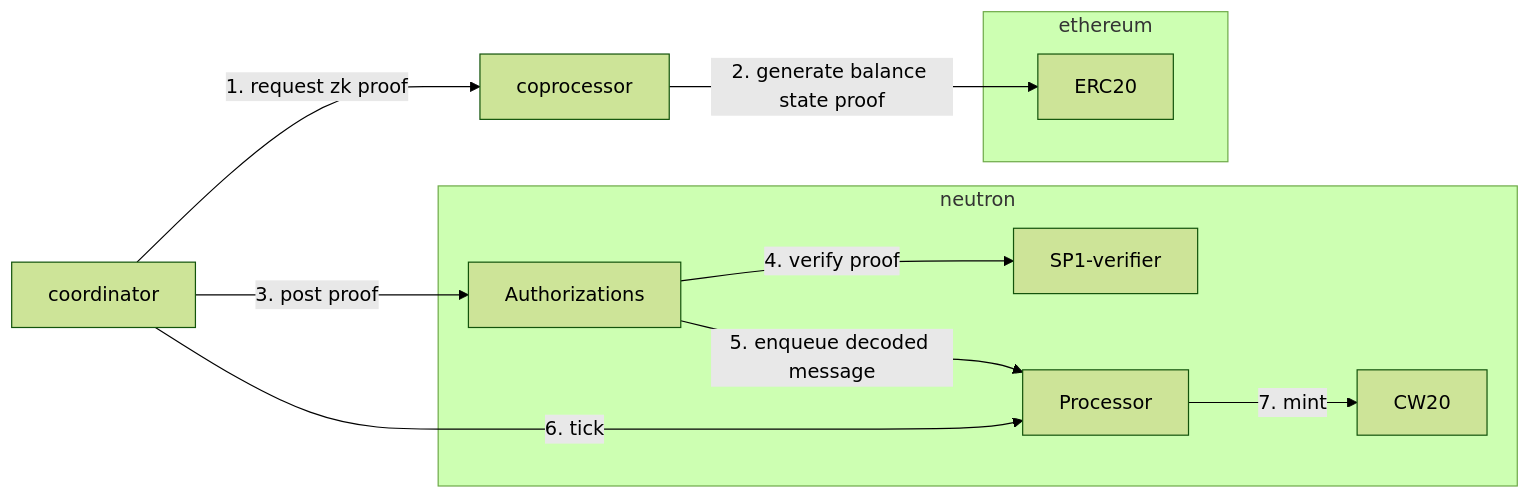
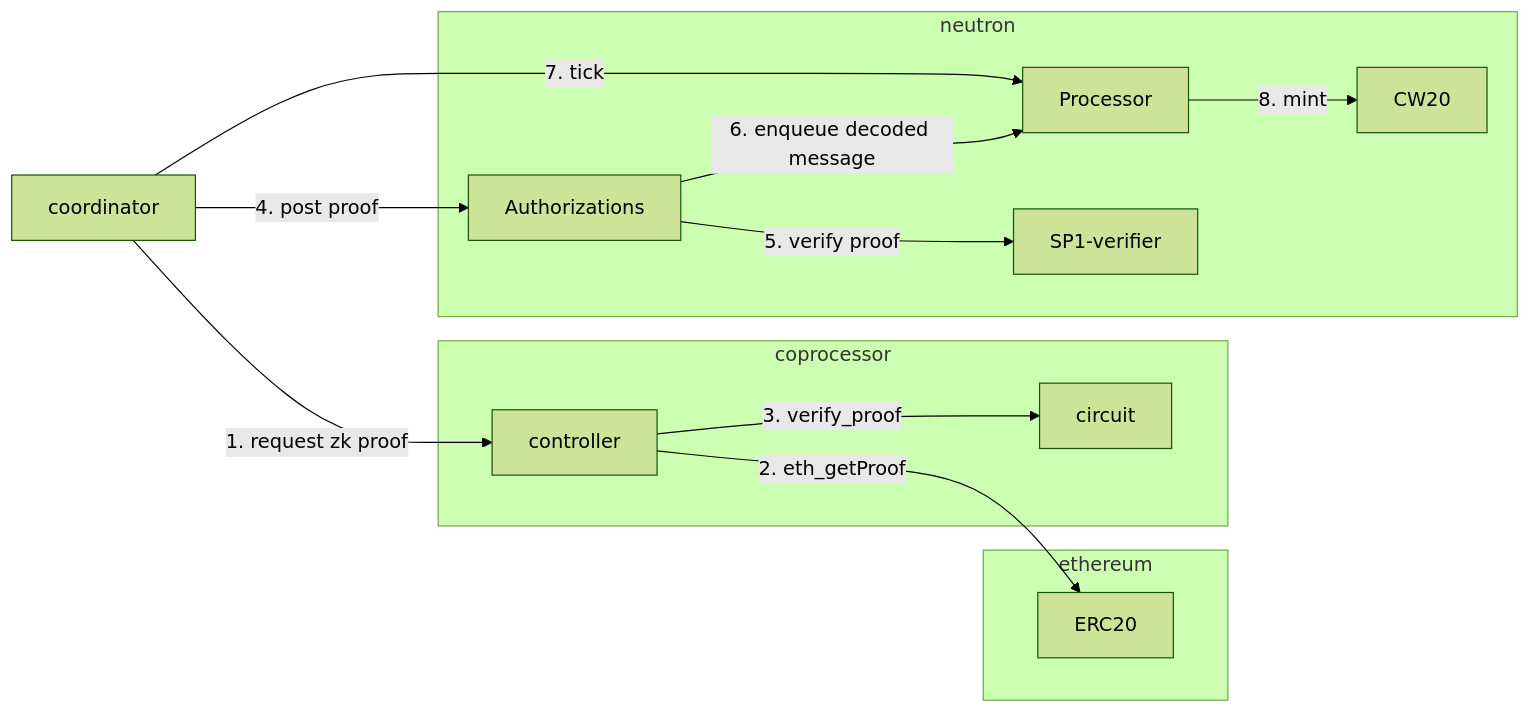
One commit to timewave-computer/valence-coprocessor-app changed the diagram in README.md. Above: the diagram before and after it, drawn with Mermaid (forest theme).

Commit message:
expand mermaid diagram with coprocessor internal calls

````diff
--- a/README.md
+++ b/README.md
@@ -15,19 +15,24 @@
 ```mermaid
 flowchart LR
     subgraph ethereum
     ERC20
+    end
+    subgraph coprocessor
+    controller
+    circuit
     end
     subgraph neutron
     Authorizations
     Processor
     CW20
     SP1-verifier
     end
-    coordinator -->|1. request zk proof| coprocessor
-    coprocessor -->|2. generate balance state proof| ERC20
-    coordinator -->|3. post proof| Authorizations
-    Authorizations --> |4. verify proof| SP1-verifier
-    Authorizations --> |5. enqueue decoded message| Processor
-    coordinator --> |6. tick| Processor
-    Processor --> |7. mint| CW20
+    coordinator -->|1. request zk proof| controller
+    controller -->|2. eth_getProof| ERC20
+    controller -->|3. verify_proof| circuit
+    coordinator -->|4. post proof| Authorizations
+    Authorizations --> |5. verify proof| SP1-verifier
+    Authorizations --> |6. enqueue decoded message| Processor
+    coordinator --> |7. tick| Processor
+    Processor --> |8. mint| CW20
 ```
````
